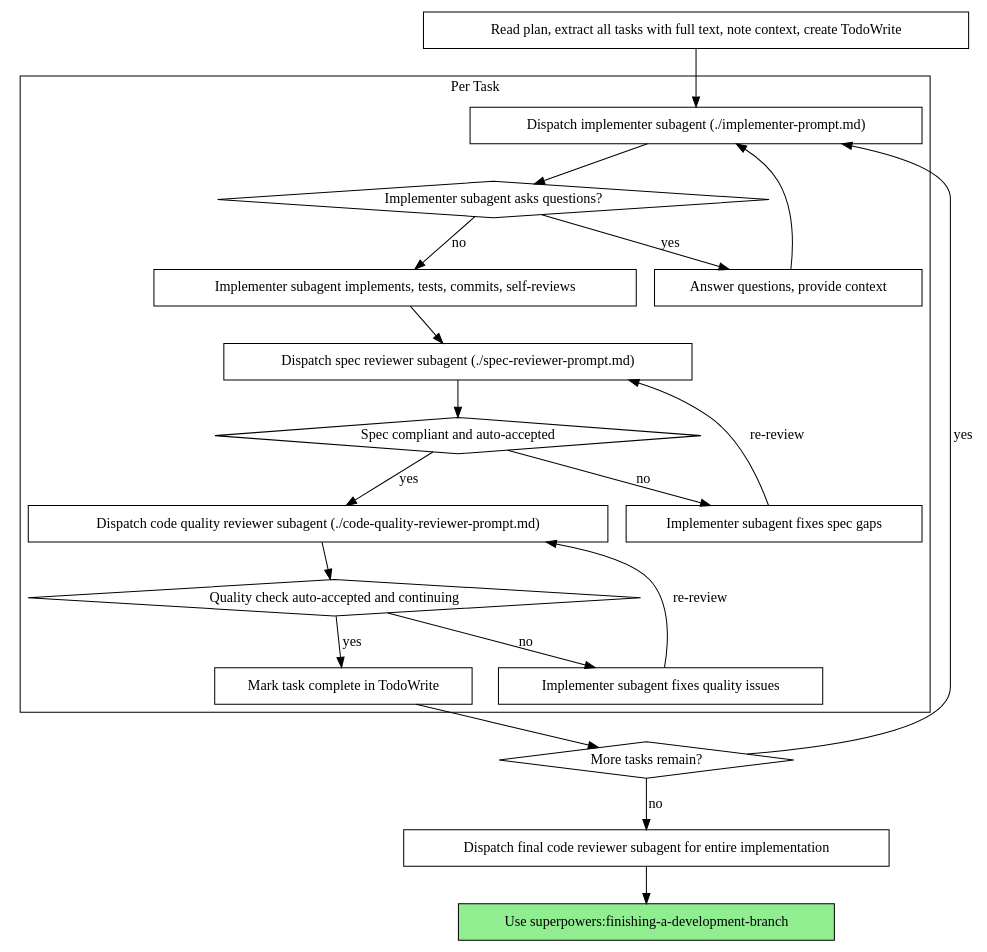
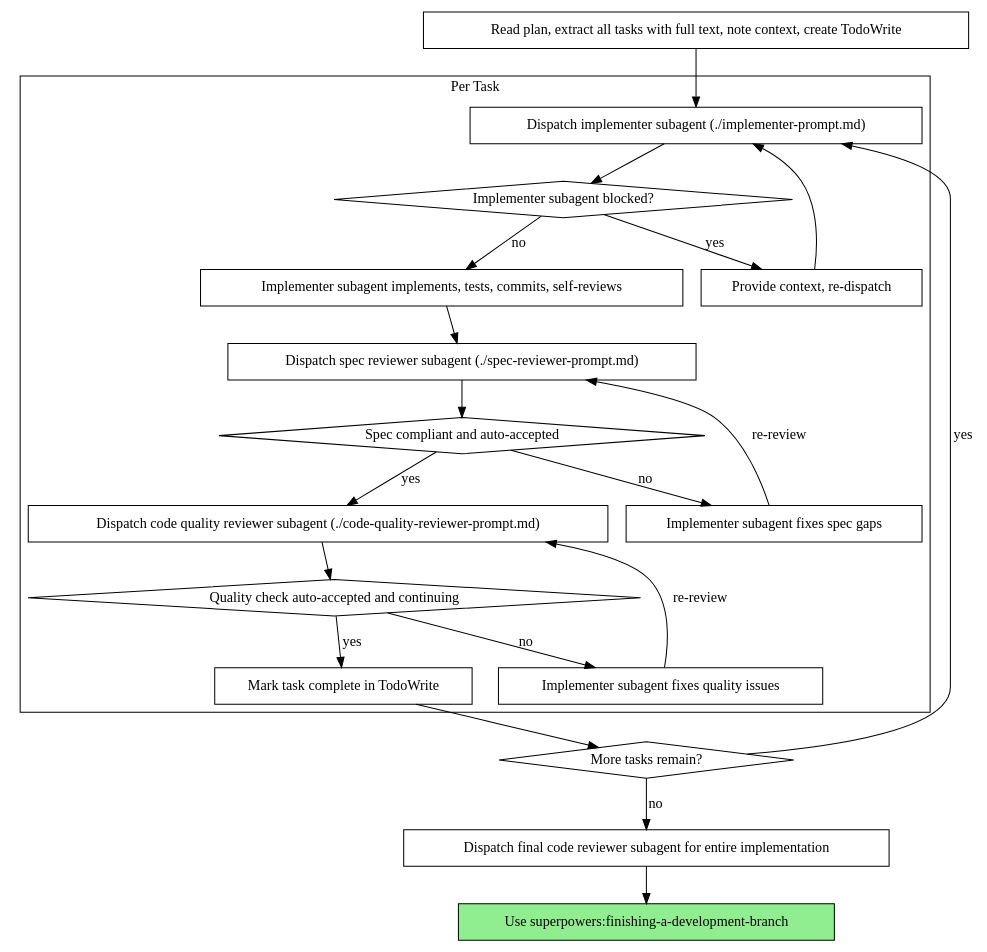
Before and after one commit to ShakaRover/superpowers: the second of 2 diagrams in skills/subagent-driven-development/SKILL.md, drawn with Graphviz. The commit also changed other lines of this file and 5 other files, not shown here.

````diff
--- a/skills/subagent-driven-development/SKILL.md
+++ b/skills/subagent-driven-development/SKILL.md
@@ -65,44 +65,44 @@
 ```dot
 digraph process {
     rankdir=TB;
 
     subgraph cluster_per_task {
         label="Per Task";
         "Dispatch implementer subagent (./implementer-prompt.md)" [shape=box];
-        "Implementer subagent asks questions?" [shape=diamond];
-        "Answer questions, provide context" [shape=box];
+        "Implementer subagent blocked?" [shape=diamond];
+        "Provide context, re-dispatch" [shape=box];
         "Implementer subagent implements, tests, commits, self-reviews" [shape=box];
         "Dispatch spec reviewer subagent (./spec-reviewer-prompt.md)" [shape=box];
         "Spec compliant and auto-accepted" [shape=diamond];
         "Implementer subagent fixes spec gaps" [shape=box];
         "Dispatch code quality reviewer subagent (./code-quality-reviewer-prompt.md)" [shape=box];
         "Quality check auto-accepted and continuing" [shape=diamond];
         "Implementer subagent fixes quality issues" [shape=box];
         "Mark task complete in TodoWrite" [shape=box];
     }
 
     "Read plan, extract all tasks with full text, note context, create TodoWrite" [shape=box];
     "More tasks remain?" [shape=diamond];
     "Dispatch final code reviewer subagent for entire implementation" [shape=box];
     "Use superpowers:finishing-a-development-branch" [shape=box style=filled fillcolor=lightgreen];
 
     "Read plan, extract all tasks with full text, note context, create TodoWrite" -> "Dispatch implementer subagent (./implementer-prompt.md)";
-    "Dispatch implementer subagent (./implementer-prompt.md)" -> "Implementer subagent asks questions?";
-    "Implementer subagent asks questions?" -> "Answer questions, provide context" [label="yes"];
-    "Answer questions, provide context" -> "Dispatch implementer subagent (./implementer-prompt.md)";
-    "Implementer subagent asks questions?" -> "Implementer subagent implements, tests, commits, self-reviews" [label="no"];
+    "Dispatch implementer subagent (./implementer-prompt.md)" -> "Implementer subagent blocked?";
+    "Implementer subagent blocked?" -> "Provide context, re-dispatch" [label="yes"];
+    "Provide context, re-dispatch" -> "Dispatch implementer subagent (./implementer-prompt.md)";
+    "Implementer subagent blocked?" -> "Implementer subagent implements, tests, commits, self-reviews" [label="no"];
     "Implementer subagent implements, tests, commits, self-reviews" -> "Dispatch spec reviewer subagent (./spec-reviewer-prompt.md)";
     "Dispatch spec reviewer subagent (./spec-reviewer-prompt.md)" -> "Spec compliant and auto-accepted";
     "Spec compliant and auto-accepted" -> "Implementer subagent fixes spec gaps" [label="no"];
     "Implementer subagent fixes spec gaps" -> "Dispatch spec reviewer subagent (./spec-reviewer-prompt.md)" [label="re-review"];
     "Spec compliant and auto-accepted" -> "Dispatch code quality reviewer subagent (./code-quality-reviewer-prompt.md)" [label="yes"];
     "Dispatch code quality reviewer subagent (./code-quality-reviewer-prompt.md)" -> "Quality check auto-accepted and continuing";
     "Quality check auto-accepted and continuing" -> "Implementer subagent fixes quality issues" [label="no"];
     "Implementer subagent fixes quality issues" -> "Dispatch code quality reviewer subagent (./code-quality-reviewer-prompt.md)" [label="re-review"];
     "Quality check auto-accepted and continuing" -> "Mark task complete in TodoWrite" [label="yes"];
     "Mark task complete in TodoWrite" -> "More tasks remain?";
     "More tasks remain?" -> "Dispatch implementer subagent (./implementer-prompt.md)" [label="yes"];
     "More tasks remain?" -> "Dispatch final code reviewer subagent for entire implementation" [label="no"];
     "Dispatch final code reviewer subagent for entire implementation" -> "Use superpowers:finishing-a-development-branch";
 }
 ```
````
